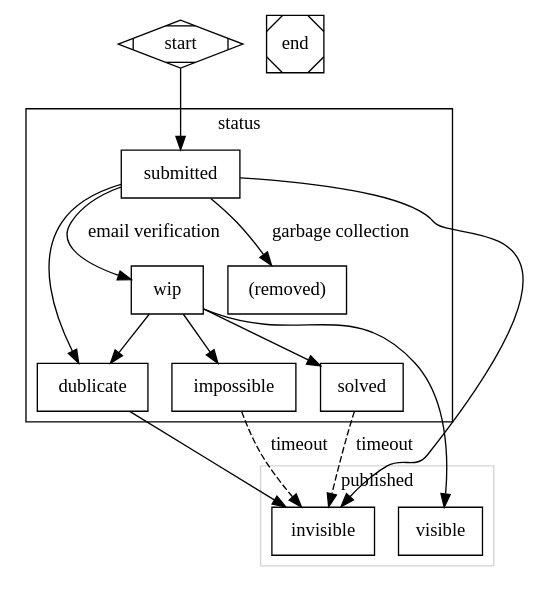
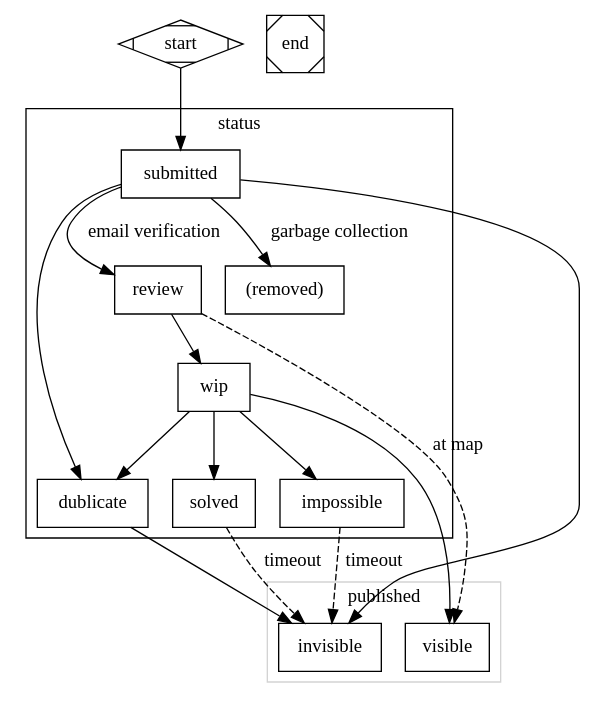
One commit to Matthias84/cleanship changed the diagram in doc/_static/status.dot. Above: the diagram before and after it, drawn with Graphviz. The commit also changed 11 other files, not shown here.

```diff
--- a/doc/_static/status.dot
+++ b/doc/_static/status.dot
@@ -1,30 +1,32 @@
 digraph G {
 
 subgraph cluster_status{
     label="status";
     node [shape=box];
-    submitted -> wip [label="email verification"];
+    submitted -> review [label="email verification"];
+    review -> wip 
     wip -> solved
     wip -> impossible;
     wip -> dublicate;
     impossible
     dublicate
     submitted -> "(removed)"[label="garbage collection"];
     submitted -> dublicate;
 }
 
 subgraph cluster_public{
     label="published"
     node [shape=box];
     submitted -> invisible
+    review -> visible [label="at map" style=dashed]
     wip -> visible
     dublicate -> invisible
     solved -> invisible [label="timeout" style=dashed]
     impossible -> invisible [label="timeout" style=dashed]
     color=lightgrey
 }
 
 start [shape=Mdiamond];
 end [shape=Msquare];
 start -> submitted
 }
```
